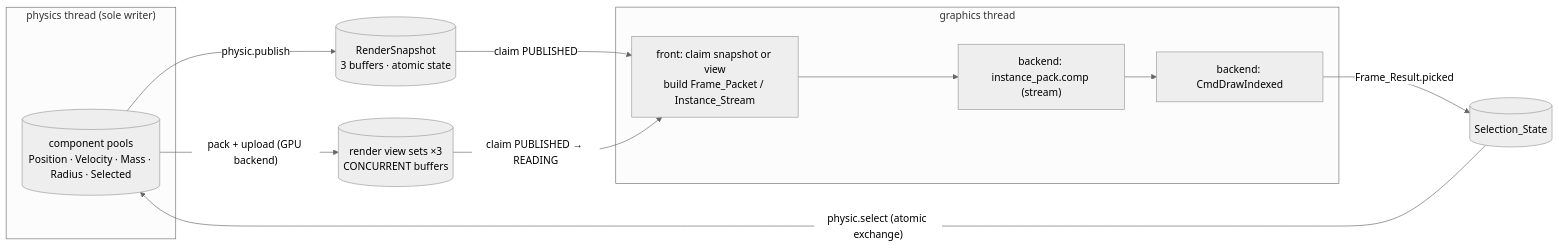
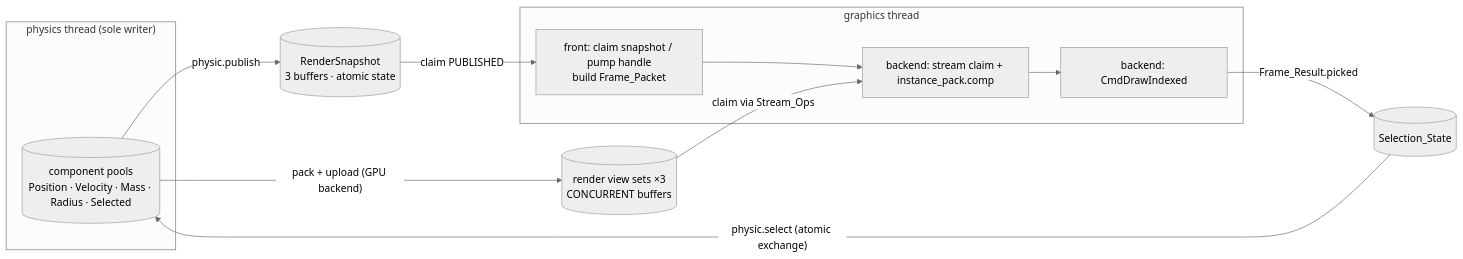
Before and after one commit to TanukiConDos/Gravity-Simulator: the seventh of 7 diagrams in docs/architecture.md, drawn with Mermaid (neutral theme). The commit also changed other lines of this file and 5 other files, not shown here.

First line of the commit message:
docs: physics owns the GPU solver; the front holds an opaque stream handle

````diff
--- a/docs/architecture.md
+++ b/docs/architecture.md
@@ -268,21 +271,21 @@
 ```mermaid
 flowchart LR
     subgraph PT["physics thread (sole writer)"]
         pools[("component pools<br/>Position · Velocity · Mass · Radius · Selected")]
     end
 
     pools -->|"physic.publish"| snap[("RenderSnapshot<br/>3 buffers · atomic state")]
     pools -->|"pack + upload (GPU backend)"| sets[("render view sets ×3<br/>CONCURRENT buffers")]
 
     subgraph GT["graphics thread"]
-        pick["front: claim snapshot or view<br/>build Frame_Packet / Instance_Stream"]
-        pack["backend: instance_pack.comp (stream)"]
+        pick["front: claim snapshot / pump handle<br/>build Frame_Packet"]
+        pack["backend: stream claim + instance_pack.comp"]
         draw["backend: CmdDrawIndexed"]
         pick --> pack --> draw
     end
 
     snap -->|"claim PUBLISHED"| pick
-    sets -->|"claim PUBLISHED → READING"| pick
+    sets -->|"claim via Stream_Ops"| pack
     draw -->|"Frame_Result.picked"| sel[("Selection_State")]
     sel -->|"physic.select (atomic exchange)"| pools
 ```
````
